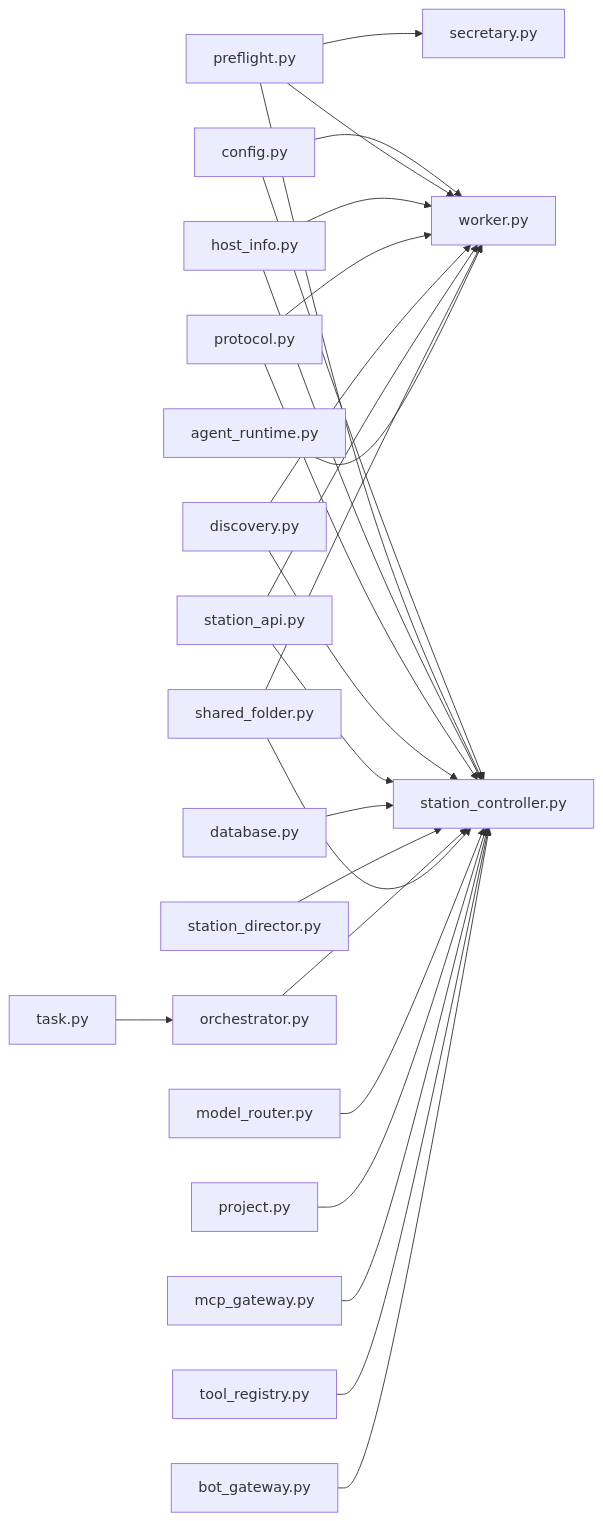
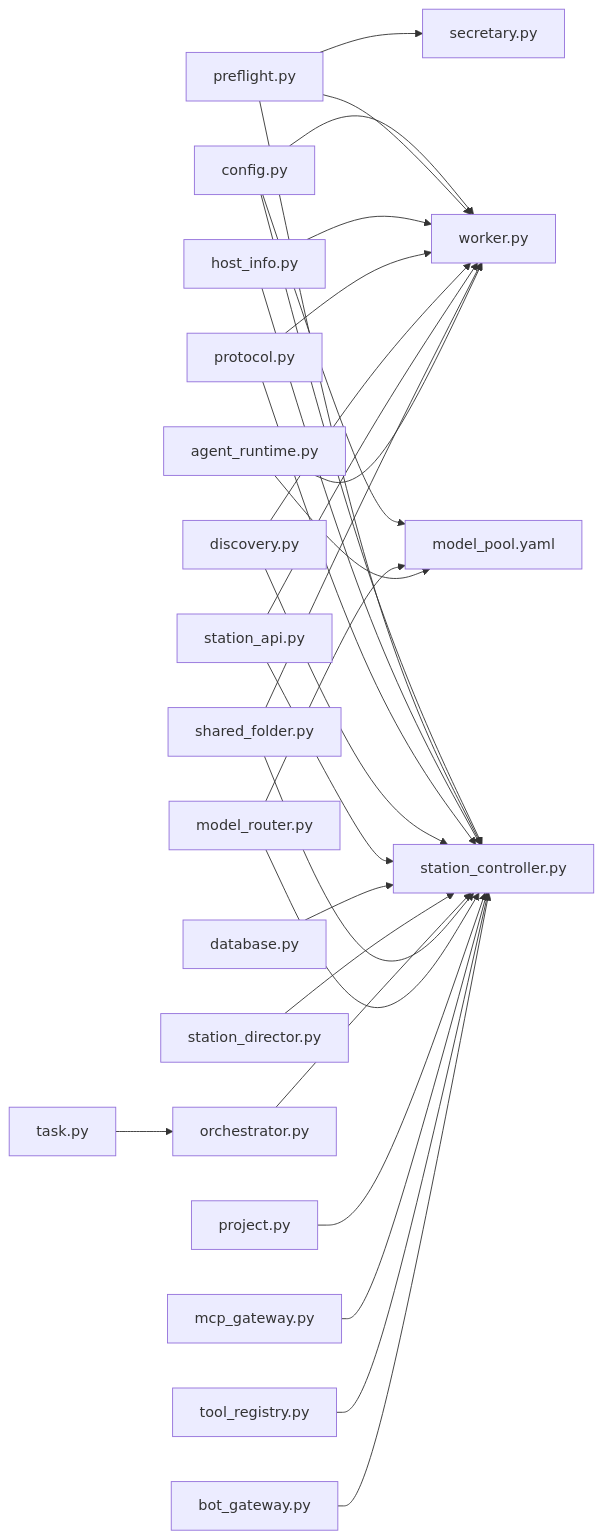
One commit to targalian/Personal-distributed-workstation changed diagram 13 of 13 in .qoder/repowiki/zh/content/核心模块/核心模块.md. Above: the diagram before and after it, drawn with Mermaid. The commit also changed other lines of this file and 64 other files, not shown here.

````diff
--- a/.qoder/repowiki/zh/content/核心模块/核心模块.md
+++ b/.qoder/repowiki/zh/content/核心模块/核心模块.md
@@ -823,28 +857,31 @@
 ```mermaid
 graph LR
 Config["config.py"] --> Station["station_controller.py"]
 Config --> Worker["worker.py"]
+Config --> ModelPool["model_pool.yaml"]
 Preflight["preflight.py"] --> Station
 Preflight --> Worker
 Preflight --> Secretary["secretary.py"]
 HostInfo["host_info.py"] --> Station
 HostInfo --> Worker
 Protocol["protocol.py"] --> Station
 Protocol --> Worker
 Discovery["discovery.py"] --> Station
 Discovery --> Worker
 API["station_api.py"] --> Station
 API --> Worker
 DB["database.py"] --> Station
 StationDirector["station_director.py"] --> Station
 Orchestrator["orchestrator.py"] --> Station
 Task["task.py"] --> Orchestrator
 Shared["shared_folder.py"] --> Station
 Shared --> Worker
 ModelRouter["model_router.py"] --> Station
+ModelRouter --> ModelPool
 ProjectManager["project.py"] --> Station
 MCPGateway["mcp_gateway.py"] --> Station
 AgentRuntime["agent_runtime.py"] --> Worker
+AgentRuntime --> ModelPool
 ToolRegistry["tool_registry.py"] --> Station
 BotGateway["bot_gateway.py"] --> Station
 ```
````
